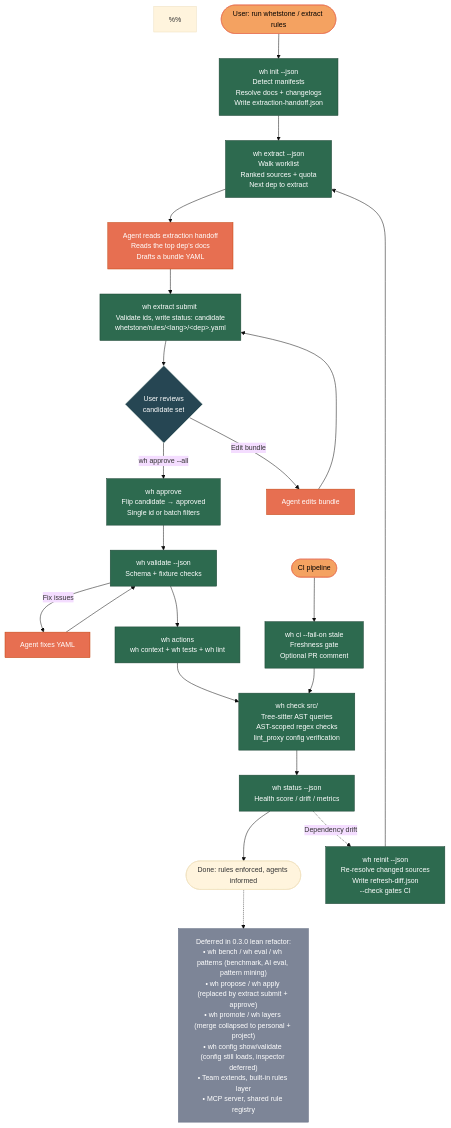
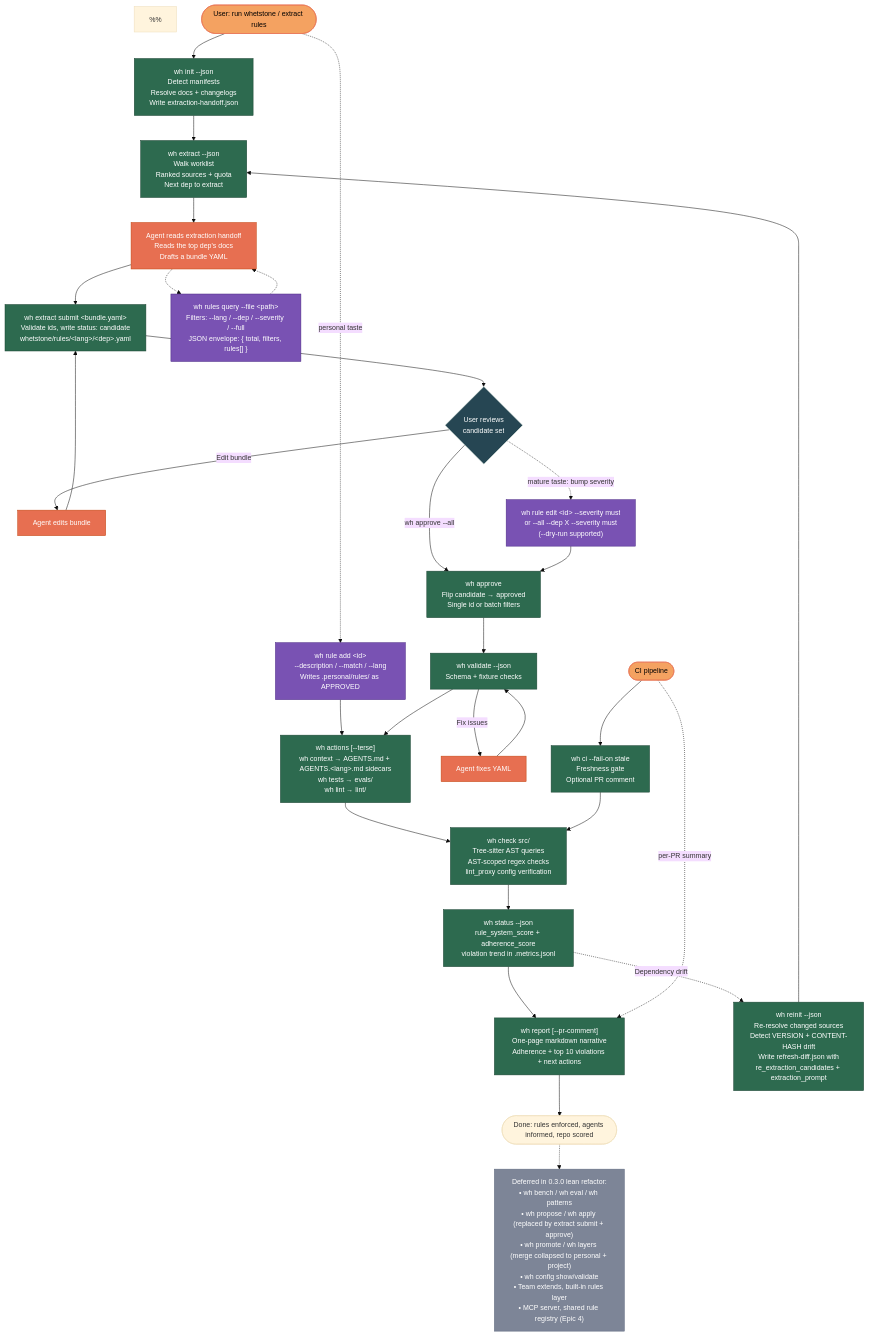
The diagram in planning/whetstone-logic-flow.mmd (angusbezzina/whetstone), drawn with Mermaid before and after one commit. The commit also changed 1 other file, not shown here.

```diff
--- a/planning/whetstone-logic-flow.mmd
+++ b/planning/whetstone-logic-flow.mmd
@@ -1,55 +1,72 @@
 %%{ init: { "theme": "base", "themeVariables": { "fontSize": "14px" } } }%%
 flowchart TD
     %% ═══════════════════════════════════════
-    %% WHETSTONE 0.3.0 — LEAN LOGIC FLOW
+    %% WHETSTONE — LOGIC FLOW (post Epic 3E, [Unreleased] → 0.4.0)
     %%
     %% Green  = Binary (shipped deterministic commands)
     %% Orange = Agent  (judgment via SKILL.md)
     %% Blue   = User   (approval / preference decisions)
+    %% Purple = JIT side-channel + authoring shortcuts (Epic 3E)
     %% Grey   = Deferred / future
     %% ═══════════════════════════════════════
 
     START([User: run whetstone / extract rules]) --> INIT["wh init --json<br/>Detect manifests<br/>Resolve docs + changelogs<br/>Write extraction-handoff.json"]
 
     INIT --> EXTRACT["wh extract --json<br/>Walk worklist<br/>Ranked sources + quota<br/>Next dep to extract"]
 
     EXTRACT --> AGENT_EXTRACT["Agent reads extraction handoff<br/>Reads the top dep's docs<br/>Drafts a bundle YAML"]
 
-    AGENT_EXTRACT --> SUBMIT["wh extract submit <bundle.yaml><br/>Validate ids, write status: candidate<br/>whetstone/rules/&lt;lang&gt;/&lt;dep&gt;.yaml"]
+    AGENT_EXTRACT --> SUBMIT["wh extract submit &lt;bundle.yaml&gt;<br/>Validate ids, write status: candidate<br/>whetstone/rules/&lt;lang&gt;/&lt;dep&gt;.yaml"]
+
+    %% Authoring shortcut (Epic 3E) — skips extract/submit for personal prefs
+    AUTHOR_SHORT["wh rule add &lt;id&gt;<br/>--description / --match / --lang<br/>Writes .personal/rules/ as APPROVED"]
+    START -.->|personal taste| AUTHOR_SHORT
+    AUTHOR_SHORT --> ACTIONS
 
     SUBMIT --> USER{"User reviews<br/>candidate set"}
 
     USER -->|wh approve --all| APPROVE["wh approve<br/>Flip candidate → approved<br/>Single id or batch filters"]
     USER -->|Edit bundle| AGENT_EDIT["Agent edits bundle"] --> SUBMIT
+    USER -.->|mature taste: bump severity| RULE_EDIT["wh rule edit &lt;id&gt; --severity must<br/>or --all --dep X --severity must<br/>(--dry-run supported)"]
+    RULE_EDIT --> APPROVE
 
     APPROVE --> VALIDATE["wh validate --json<br/>Schema + fixture checks"]
     VALIDATE -->|Fix issues| AGENT_FIX["Agent fixes YAML"] --> VALIDATE
-    VALIDATE --> ACTIONS["wh actions<br/>wh context + wh tests + wh lint"]
+    VALIDATE --> ACTIONS["wh actions [--terse]<br/>wh context → AGENTS.md + AGENTS.&lt;lang&gt;.md sidecars<br/>wh tests → evals/<br/>wh lint → lint/"]
 
     ACTIONS --> CHECK["wh check src/<br/>Tree-sitter AST queries<br/>AST-scoped regex checks<br/>lint_proxy config verification"]
-    CHECK --> STATUS["wh status --json<br/>Health score / drift / metrics"]
-    STATUS --> DONE([Done: rules enforced, agents informed])
+    CHECK --> STATUS["wh status --json<br/>rule_system_score + adherence_score<br/>violation trend in .metrics.jsonl"]
+    STATUS --> REPORT["wh report [--pr-comment]<br/>One-page markdown narrative<br/>Adherence + top 10 violations + next actions"]
+    REPORT --> DONE([Done: rules enforced, agents informed, repo scored])
 
-    %% Refresh loop
-    STATUS -.->|Dependency drift| REINIT["wh reinit --json<br/>Re-resolve changed sources<br/>Write refresh-diff.json<br/>--check gates CI"]
+    %% JIT side-channel (Epic 3E) — agents prefer this over re-scanning AGENTS.md
+    RULES_QUERY["wh rules query --file &lt;path&gt;<br/>Filters: --lang / --dep / --severity / --full<br/>JSON envelope: { total, filters, rules[] }"]
+    AGENT_EXTRACT -.-> RULES_QUERY
+    RULES_QUERY -.-> AGENT_EXTRACT
+
+    %% Refresh loop — now carries per-rule candidates + canned prompt
+    STATUS -.->|Dependency drift| REINIT["wh reinit --json<br/>Re-resolve changed sources<br/>Detect VERSION + CONTENT-HASH drift<br/>Write refresh-diff.json with<br/>re_extraction_candidates + extraction_prompt"]
     REINIT --> EXTRACT
 
     %% CI path
     CI_START([CI pipeline]) --> CI["wh ci --fail-on stale<br/>Freshness gate<br/>Optional PR comment"]
     CI --> CHECK
+    CI_START -.->|per-PR summary| REPORT
 
     %% Deferred / future
-    DONE -.-> FUTURE["Deferred in 0.3.0 lean refactor:<br/>• wh bench / wh eval / wh patterns (benchmark, AI eval, pattern mining)<br/>• wh propose / wh apply (replaced by extract submit + approve)<br/>• wh promote / wh layers (merge collapsed to personal + project)<br/>• wh config show/validate (config still loads, inspector deferred)<br/>• Team extends, built-in rules layer<br/>• MCP server, shared rule registry"]
+    DONE -.-> FUTURE["Deferred in 0.3.0 lean refactor:<br/>• wh bench / wh eval / wh patterns<br/>• wh propose / wh apply (replaced by extract submit + approve)<br/>• wh promote / wh layers (merge collapsed to personal + project)<br/>• wh config show/validate<br/>• Team extends, built-in rules layer<br/>• MCP server, shared rule registry (Epic 4)"]
 
     %% Styling
     classDef binary fill:#2d6a4f,color:#fff,stroke:#1b4332
     classDef agent fill:#e76f51,color:#fff,stroke:#c1440e
     classDef user fill:#264653,color:#fff,stroke:#f1faee
+    classDef jit fill:#7952b3,color:#fff,stroke:#4c2a85
     classDef future fill:#7d8597,color:#fff,stroke:#5c677d
     classDef start fill:#f4a261,color:#000,stroke:#e76f51
 
-    class INIT,EXTRACT,SUBMIT,APPROVE,VALIDATE,ACTIONS,CHECK,STATUS,REINIT,CI binary
+    class INIT,EXTRACT,SUBMIT,APPROVE,VALIDATE,ACTIONS,CHECK,STATUS,REPORT,REINIT,CI binary
     class AGENT_EXTRACT,AGENT_EDIT,AGENT_FIX agent
     class USER user
+    class RULES_QUERY,AUTHOR_SHORT,RULE_EDIT jit
     class FUTURE future
     class START,CI_START start
```
